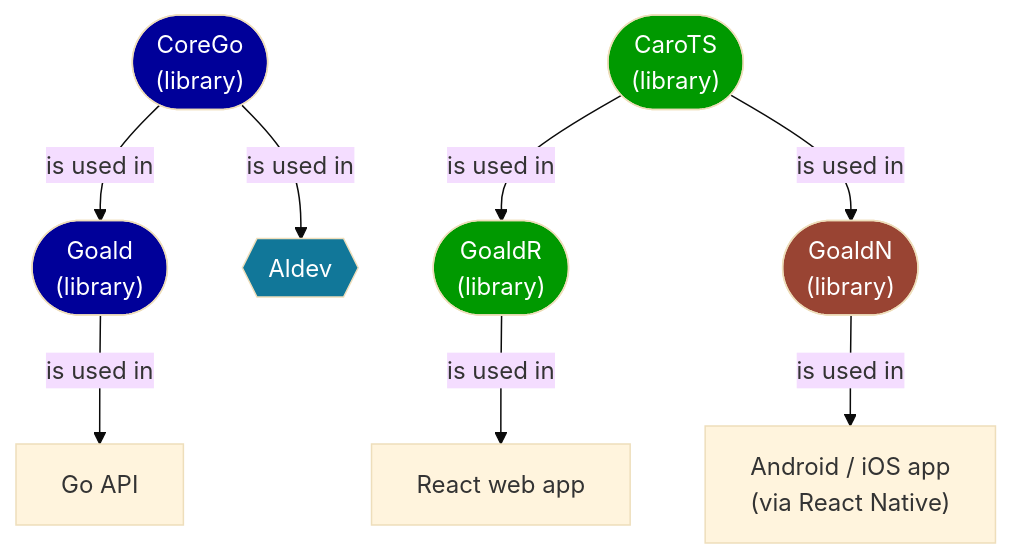
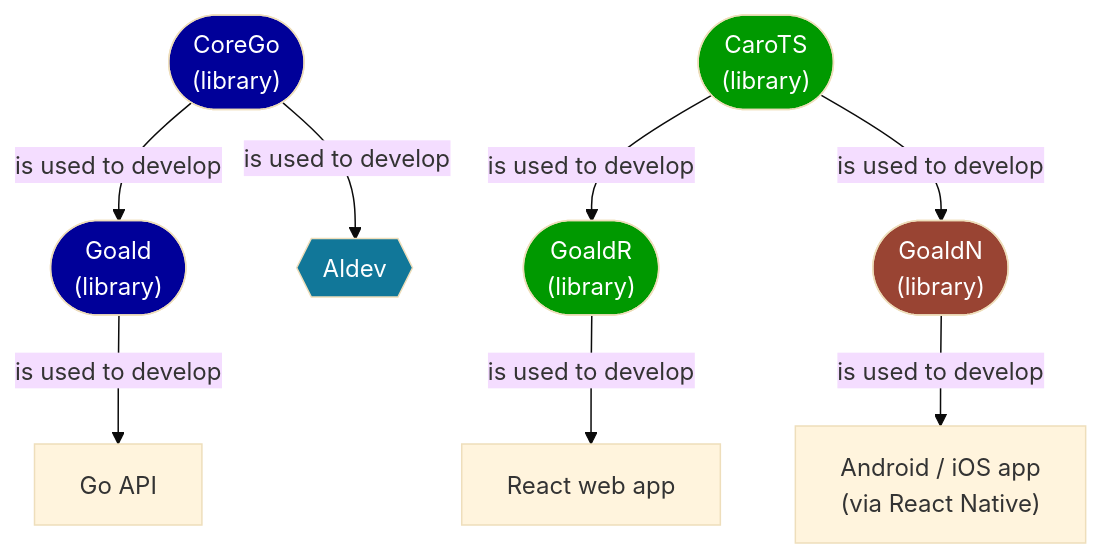
One commit to aldesgroup/devotion changed the second of 2 diagrams in website/docs/1-start/1-index.md. Above: the diagram before and after it, drawn with Mermaid (base theme). The commit also changed other lines of this file and 10 other files, not shown here.

````diff
--- a/website/docs/1-start/1-index.md
+++ b/website/docs/1-start/1-index.md
@@ -45,25 +43,25 @@
 ```mermaid
 flowchart
 
     api[Go API]
     %% api-.-> react[React web app]
     %% api -.-> native["Android / iOS app <br>(via React Native)"]
     %% api -.-> other[Some other clients we're not developing ourselves]
     react[React web app]
     native["Android / iOS app <br>(via React Native)"]
     %% other[Some other clients we're not developing ourselves]
 
-    CoreGo(["CoreGo <br >(library)"]):::clsApi -- is used in --> Goald & Aldev
-    Goald(["Goald <br >(library)"]):::clsApi -- is used in --> api
-    GoaldR(["GoaldR <br >(library)"]):::clsWeb -- is used in --> react
-    GoaldN(["GoaldN <br >(library)"]):::clsMob -- is used in --> native
-    CaroTS(["CaroTS <br >(library)"]):::clsWeb -- is used in --> GoaldR & GoaldN
+    CoreGo(["CoreGo <br >(library)"]):::clsApi -- is used to develop --> Goald & Aldev
+    Goald(["Goald <br >(library)"]):::clsApi -- is used to develop --> api
+    GoaldR(["GoaldR <br >(library)"]):::clsWeb -- is used to develop --> react
+    GoaldN(["GoaldN <br >(library)"]):::clsMob -- is used to develop --> native
+    CaroTS(["CaroTS <br >(library)"]):::clsWeb -- is used to develop --> GoaldR & GoaldN
 
     classDef clsApi fill:#000099,color:#fff;
     classDef clsWeb fill:#009900,color:#fff;
     classDef clsMob fill:#994433,color:#fff;
     classDef clsOther fill:#555555,color:#fff;
     classDef clsTool fill:#117799,color:#fff;
 
     Aldev{{Aldev}}:::clsTool
 ```
````
